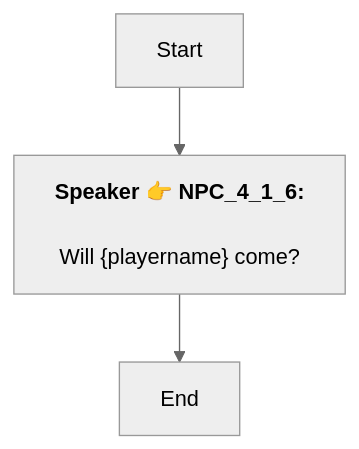
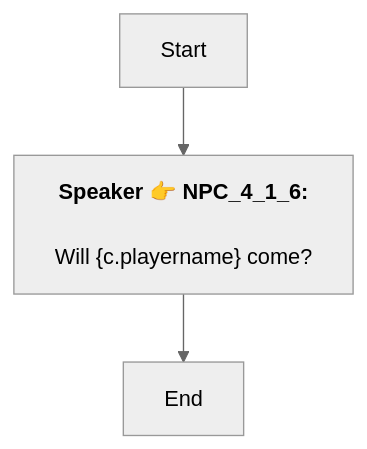
Before and after one commit to SoftHu/tos_avg: the diagram in En/Dialog_54730038098114.md, drawn with Mermaid (neutral theme). The commit also changed 410 other files, not shown here.

````diff
--- a/En/Dialog_54730038098114.md
+++ b/En/Dialog_54730038098114.md
@@ -1,7 +1,7 @@
 ```mermaid
 graph
 Start -->1751363297787173[<b>Speaker 👉 NPC_4_1_6:</b>
-\nWill &lbrace;playername&rbrace; come?]
+\nWill &lbrace;c.playername&rbrace; come?]
 1751363297787173 -->1751363310852391[End]
 
 ```
````
